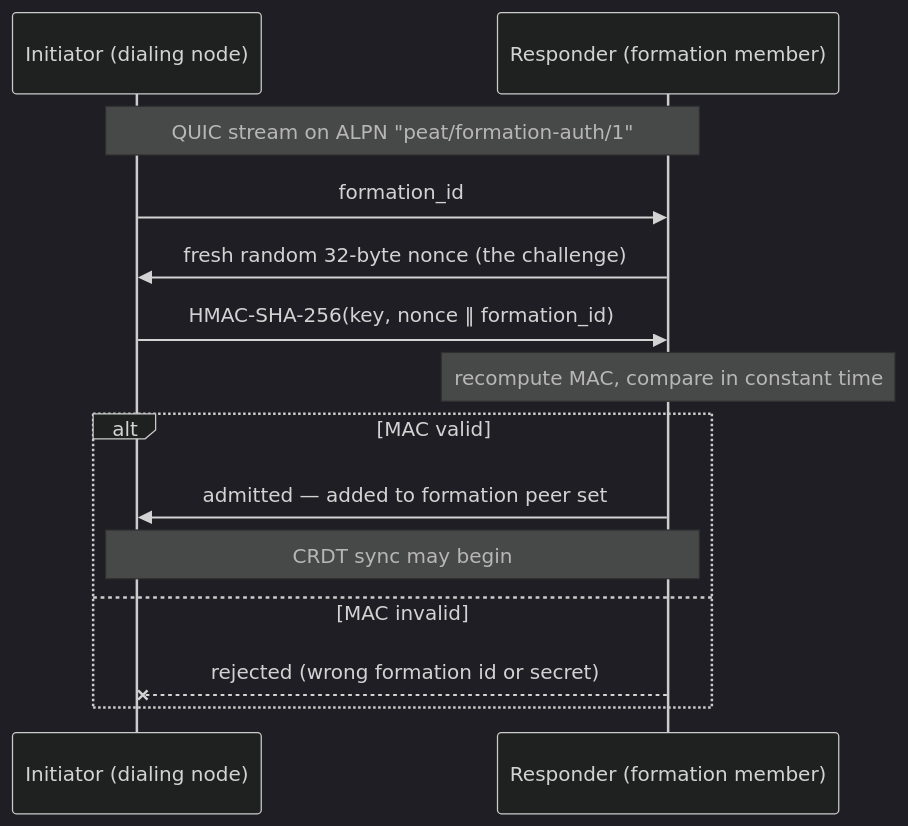
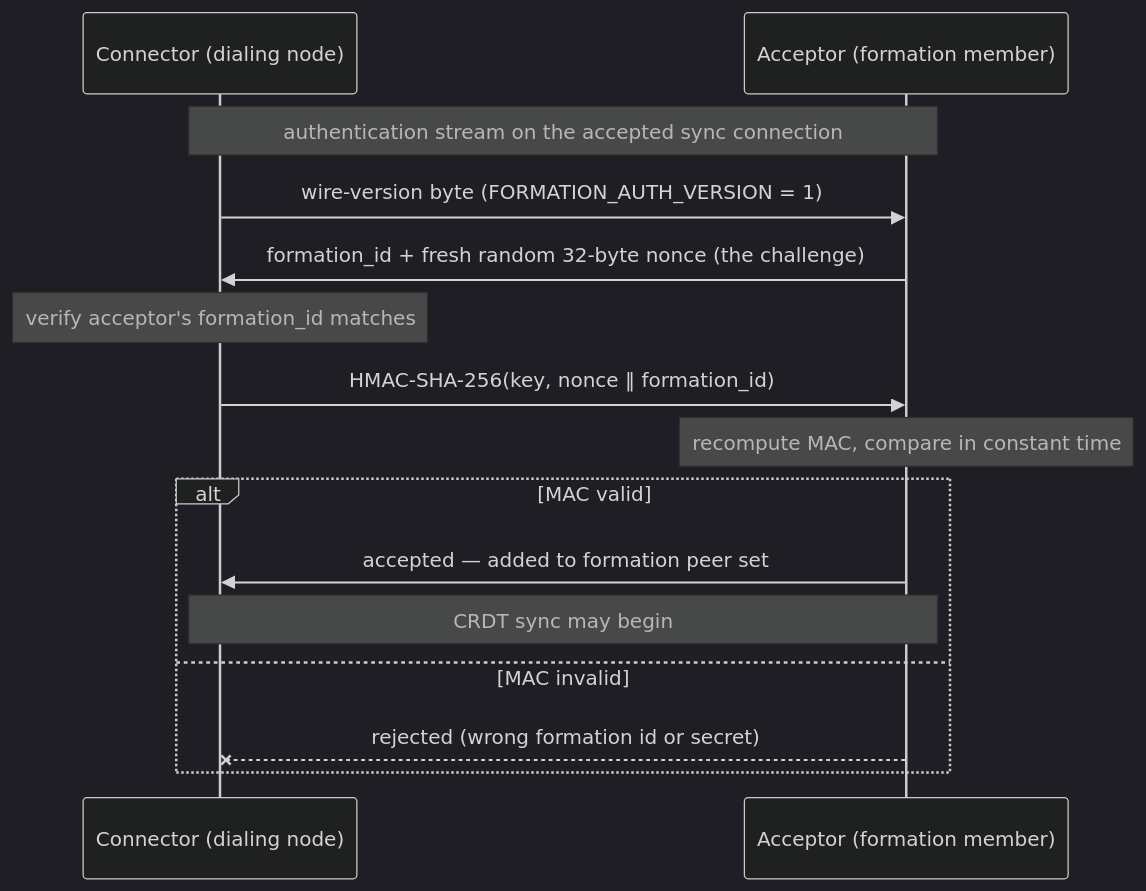
Before and after one commit to parleylabs/peat-learning: the second of 4 diagrams in 02b-formation-and-leadership.md, drawn with Mermaid (dark theme). The commit also changed other lines of this file and 19 other files, not shown here.

````diff
--- a/02b-formation-and-leadership.md
+++ b/02b-formation-and-leadership.md
@@ -171,16 +180,17 @@
 ```mermaid
 sequenceDiagram
-    participant I as Initiator (dialing node)
-    participant R as Responder (formation member)
-    Note over I,R: QUIC stream on ALPN "peat/formation-auth/1"
-    I->>R: formation_id
-    R->>I: fresh random 32-byte nonce (the challenge)
-    I->>R: HMAC-SHA-256(key, nonce ‖ formation_id)
-    Note over R: recompute MAC, compare in constant time
+    participant C as Connector (dialing node)
+    participant A as Acceptor (formation member)
+    Note over C,A: authentication stream on the accepted sync connection
+    C->>A: wire-version byte (FORMATION_AUTH_VERSION = 1)
+    A->>C: formation_id + fresh random 32-byte nonce (the challenge)
+    Note over C: verify acceptor's formation_id matches
+    C->>A: HMAC-SHA-256(key, nonce ‖ formation_id)
+    Note over A: recompute MAC, compare in constant time
     alt MAC valid
-        R->>I: admitted — added to formation peer set
-        Note over I,R: CRDT sync may begin
+        A->>C: accepted — added to formation peer set
+        Note over C,A: CRDT sync may begin
     else MAC invalid
-        R--xI: rejected (wrong formation id or secret)
+        A--xC: rejected (wrong formation id or secret)
     end
 ```
````
